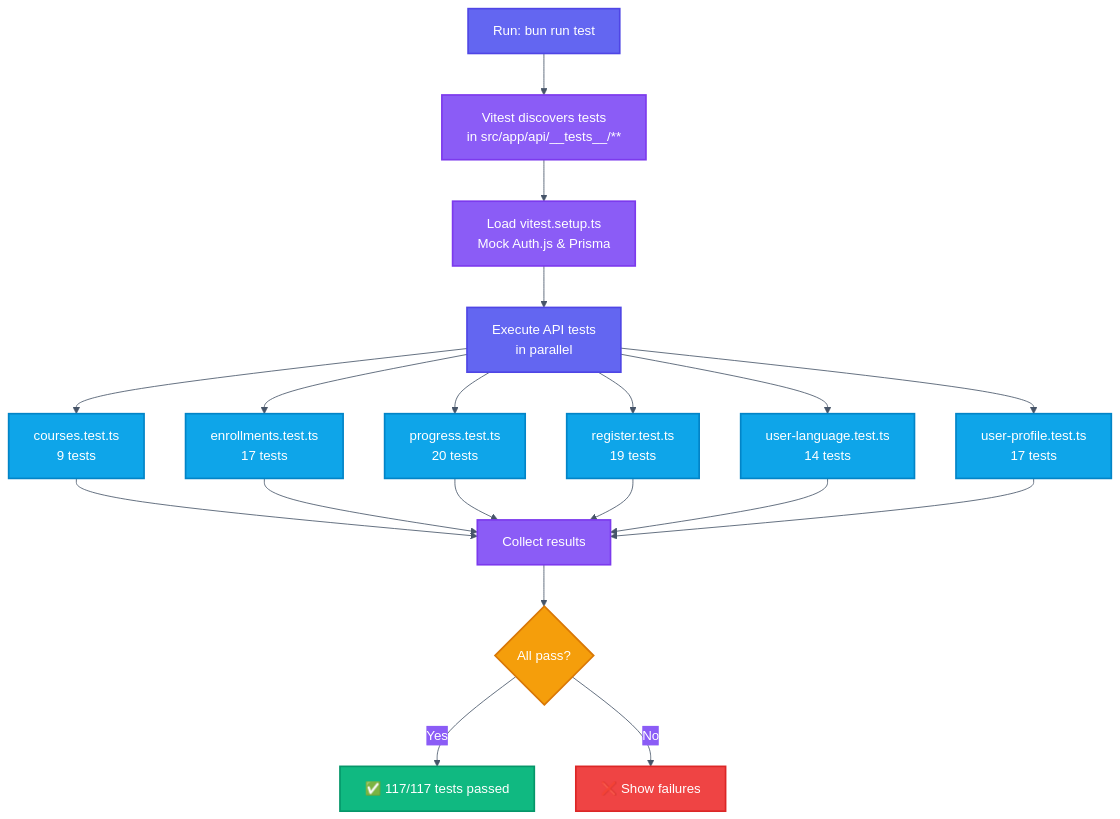
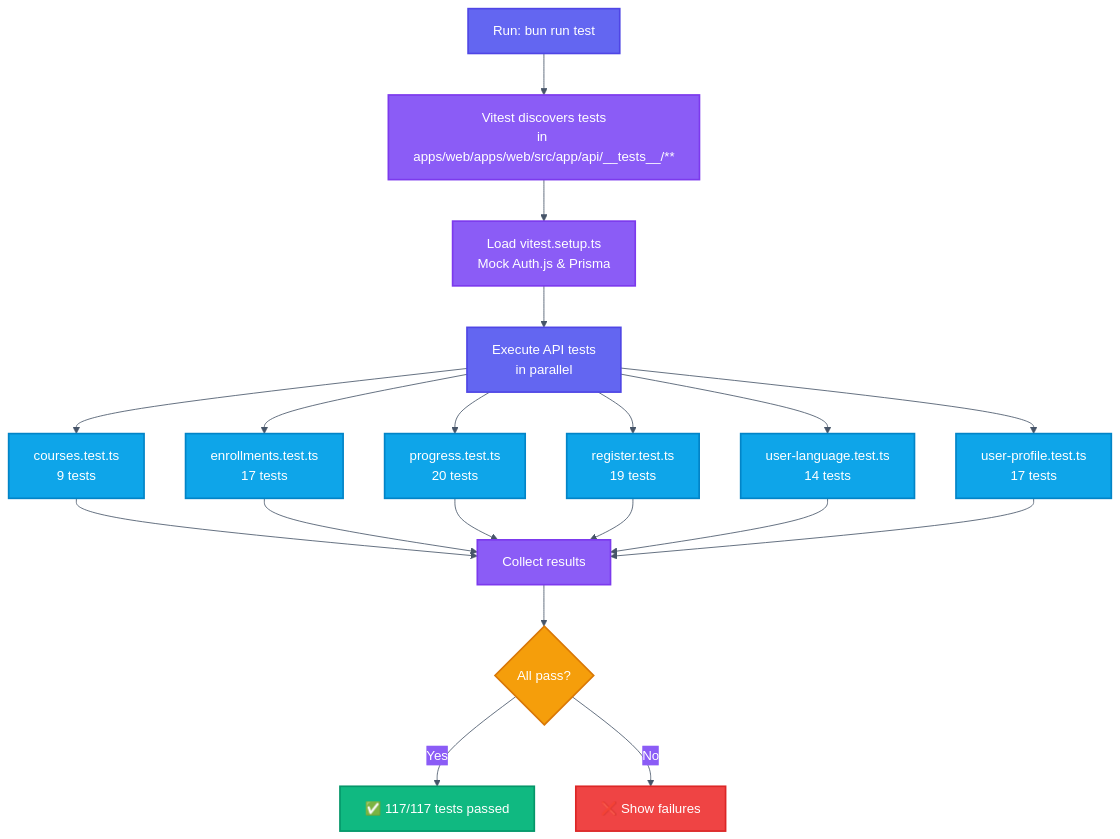
The diagram in docs/api_tests.md (3DHDSoft/devmultiplier-academy), drawn with Mermaid before and after one commit. The commit also changed other lines of this file and 18 other files, not shown here.

````diff
--- a/docs/api_tests.md
+++ b/docs/api_tests.md
@@ -11,50 +11,50 @@
 ```mermaid
 %%{init: {'theme': 'base', 'themeVariables': {
   'primaryColor': '#6366f1',
   'primaryTextColor': '#ffffff',
   'primaryBorderColor': '#4f46e5',
   'lineColor': '#475569',
   'secondaryColor': '#8b5cf6',
   'tertiaryColor': '#06b6d4',
   'background': '#ffffff',
   'textColor': '#1e293b',
   'fontFamily': 'system-ui, -apple-system, sans-serif'
 }}}%%
 flowchart TD
-    A["Run: bun run test"] --> B["Vitest discovers tests<br/>in src/app/api/__tests__/**"]
+    A["Run: bun run test"] --> B["Vitest discovers tests<br/>in apps/web/apps/web/src/app/api/__tests__/**"]
     B --> C["Load vitest.setup.ts<br/>Mock Auth.js & Prisma"]
     C --> D["Execute API tests<br/>in parallel"]
 
     D --> Courses["courses.test.ts<br/>9 tests"]
     D --> Enrollments["enrollments.test.ts<br/>17 tests"]
     D --> Progress["progress.test.ts<br/>20 tests"]
     D --> Register["register.test.ts<br/>19 tests"]
     D --> Language["user-language.test.ts<br/>14 tests"]
     D --> Profile["user-profile.test.ts<br/>17 tests"]
 
     Courses --> E["Collect results"]
     Enrollments --> E
     Progress --> E
     Register --> E
     Language --> E
     Profile --> E
 
     E --> F{All pass?}
     F -->|Yes| G["✅ 117/117 tests passed"]
     F -->|No| H["❌ Show failures"]
 
     style A fill:#6366f1,stroke:#4f46e5,color:#ffffff,stroke-width:2px
     style B fill:#8b5cf6,stroke:#7c3aed,color:#ffffff,stroke-width:2px
     style C fill:#8b5cf6,stroke:#7c3aed,color:#ffffff,stroke-width:2px
     style D fill:#6366f1,stroke:#4f46e5,color:#ffffff,stroke-width:2px
     style Courses fill:#0ea5e9,stroke:#0284c7,color:#ffffff,stroke-width:2px
     style Enrollments fill:#0ea5e9,stroke:#0284c7,color:#ffffff,stroke-width:2px
     style Progress fill:#0ea5e9,stroke:#0284c7,color:#ffffff,stroke-width:2px
     style Register fill:#0ea5e9,stroke:#0284c7,color:#ffffff,stroke-width:2px
     style Language fill:#0ea5e9,stroke:#0284c7,color:#ffffff,stroke-width:2px
     style Profile fill:#0ea5e9,stroke:#0284c7,color:#ffffff,stroke-width:2px
     style E fill:#8b5cf6,stroke:#7c3aed,color:#ffffff,stroke-width:2px
     style F fill:#f59e0b,stroke:#d97706,color:#ffffff,stroke-width:2px
     style G fill:#10b981,stroke:#059669,color:#ffffff,stroke-width:2px
     style H fill:#ef4444,stroke:#dc2626,color:#ffffff,stroke-width:2px
 ```
````
